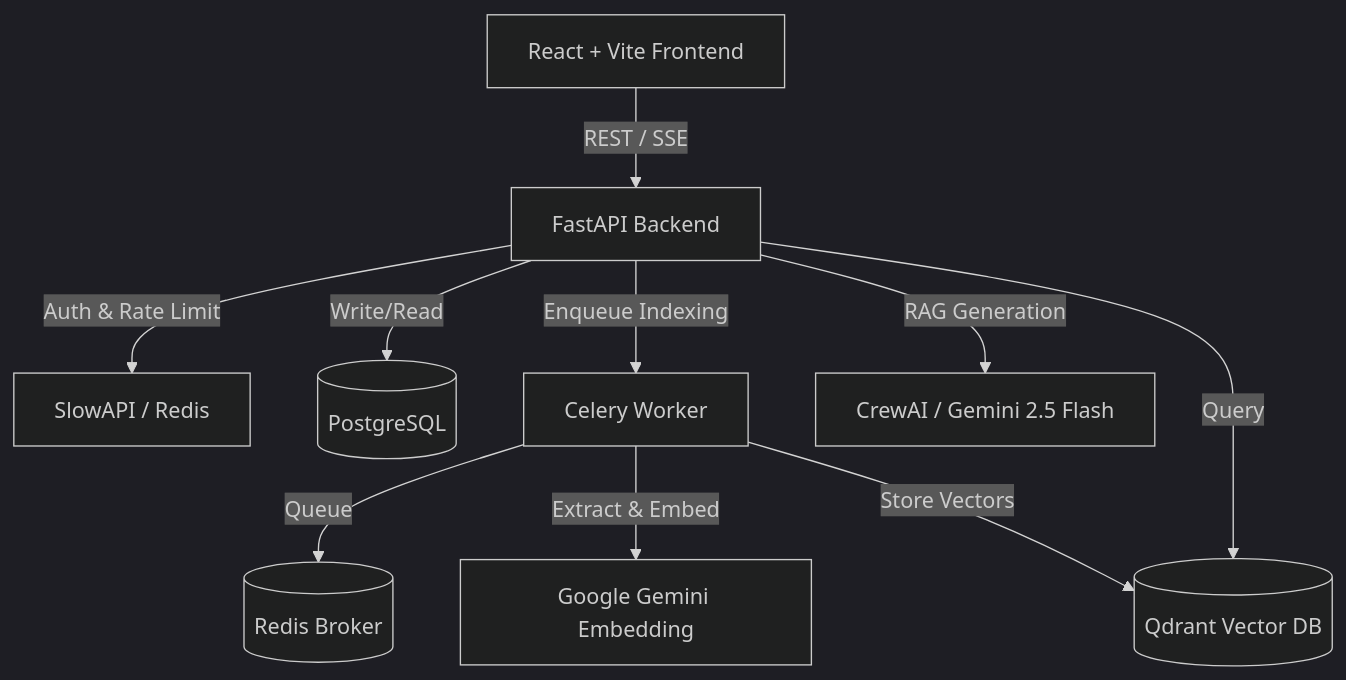
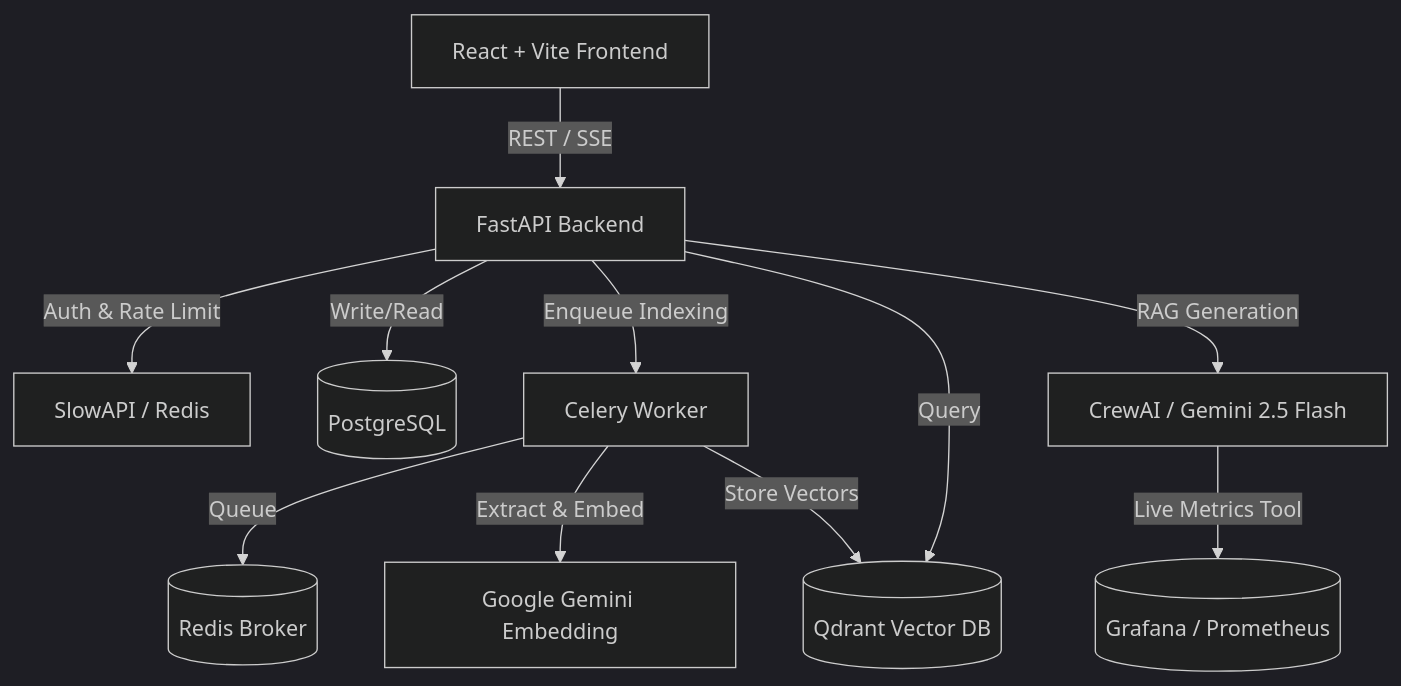
Before and after one commit to Sanket2329/OpsLens: the diagram in README.md, drawn with Mermaid (dark theme).

Commit message:
docs: update architecture diagram with Grafana integration

````diff
--- a/README.md
+++ b/README.md
@@ -73,16 +73,18 @@
 ```mermaid
 graph TD
     Client[React + Vite Frontend] -->|REST / SSE| API[FastAPI Backend]
     
     API -->|Auth & Rate Limit| SlowAPI[SlowAPI / Redis]
     API -->|Write/Read| PG[(PostgreSQL)]
     
     API -->|Enqueue Indexing| Celery[Celery Worker]
     Celery -->|Queue| Redis[(Redis Broker)]
     
     Celery -->|Extract & Embed| Gemini[Google Gemini Embedding]
     Celery -->|Store Vectors| Qdrant[(Qdrant Vector DB)]
     
     API -->|Query| Qdrant
     API -->|RAG Generation| CrewAI[CrewAI / Gemini 2.5 Flash]
+    
+    CrewAI -->|Live Metrics Tool| Grafana[(Grafana / Prometheus)]
 ```
````
